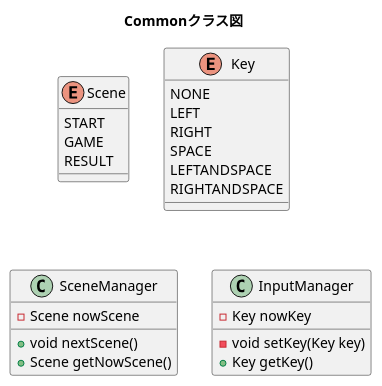
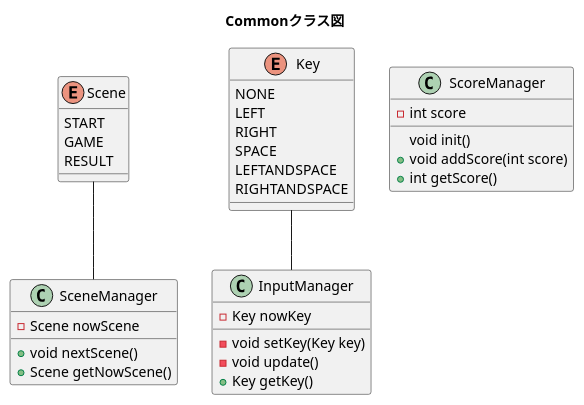
The diagram in Design/CommonClassDesign.pu (kamonohasikamo/ShootingGame), drawn with PlantUML before and after one commit. The commit also changed 3 other files, not shown here.

Commit message:
クラス図仮完成

```diff
--- a/Design/CommonClassDesign.pu
+++ b/Design/CommonClassDesign.pu
@@ -1,36 +1,46 @@
 @startuml
 title Commonクラス図
 
 enum Scene
 {
 	START
 	GAME
 	RESULT
 }
 
 enum Key
 {
 	NONE
 	LEFT
 	RIGHT
 	SPACE
 	LEFTANDSPACE
 	RIGHTANDSPACE
 }
 
-
 class SceneManager
 {
 	- Scene nowScene
 	+ void nextScene()
 	+ Scene getNowScene()
 }
 
 class InputManager
 {
 	- Key nowKey
 	- void setKey(Key key)
+	- void update()
 	+ Key getKey()
 }
 
+class ScoreManager
+{
+	- int score
+	void init()
+	+ void addScore(int score)
+	+ int getScore()
+}
+
+Scene -- SceneManager
+Key   -- InputManager
 @enduml
```
